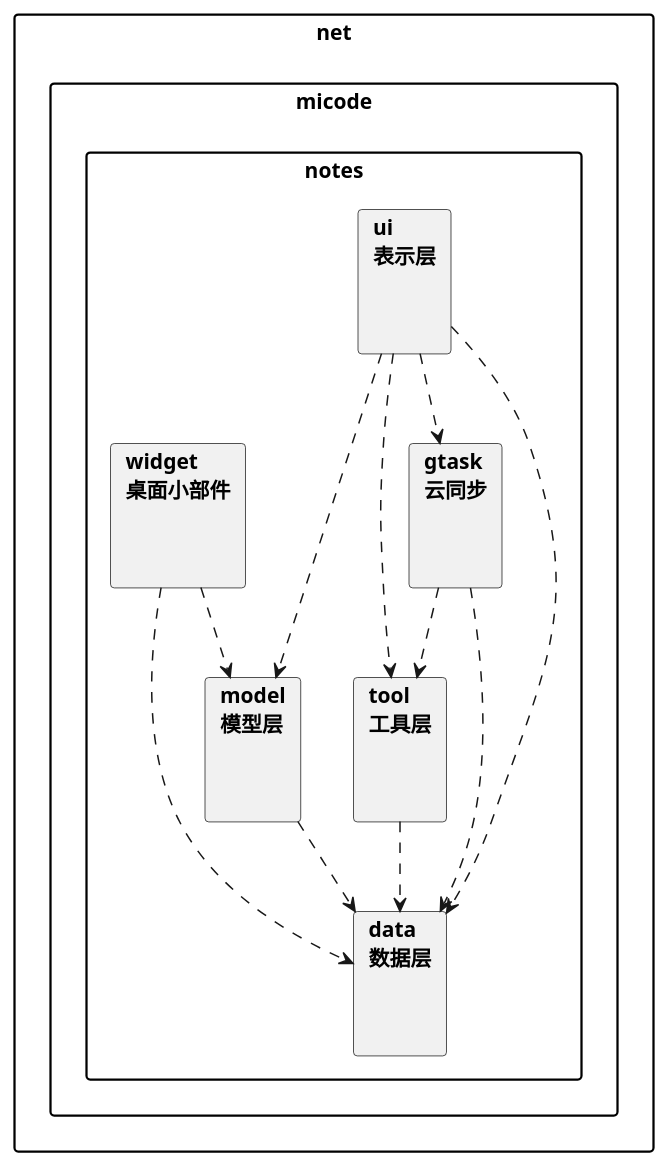
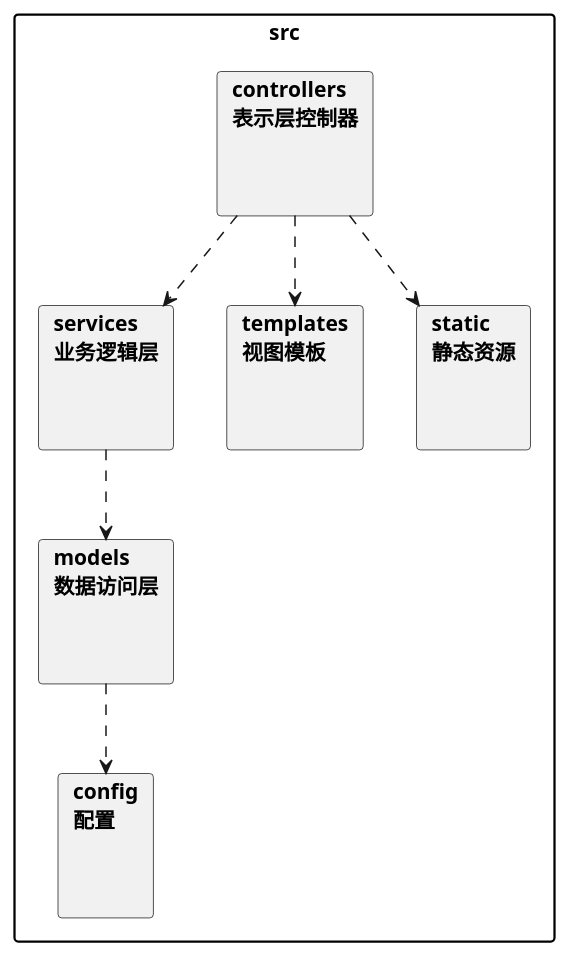
Before and after one commit to otreeevol/project: the diagram in docs/diagrams/package.puml, drawn with PlantUML. The commit also changed 221 other files, not shown here.

```diff
--- a/docs/diagrams/package.puml
+++ b/docs/diagrams/package.puml
@@ -1,31 +1,25 @@
 @startuml
-' 小米便签 —— 包图
+' 学生信息管理系统 —— 包图
 skinparam packageStyle rectangle
 
-package "net.micode.notes" {
-  package "data\n数据层" as data {
+package "src" {
+  package "controllers\n表示层控制器" as controllers {
   }
-  package "model\n模型层" as model {
+  package "services\n业务逻辑层" as services {
   }
-  package "ui\n表示层" as ui {
+  package "models\n数据访问层" as models {
   }
-  package "tool\n工具层" as tool {
+  package "templates\n视图模板" as templates {
   }
-  package "gtask\n云同步" as gtask {
+  package "static\n静态资源" as static {
   }
-  package "widget\n桌面小部件" as widget {
+  package "config\n配置" as config {
   }
 }
 
-ui ..> model
-ui ..> tool
-ui ..> gtask
-ui ..> data
-
-model ..> data
-gtask ..> data
-gtask ..> tool
-tool ..> data
-widget ..> model
-widget ..> data
+controllers ..> services
+controllers ..> templates
+controllers ..> static
+services ..> models
+models ..> config
 @enduml
```
